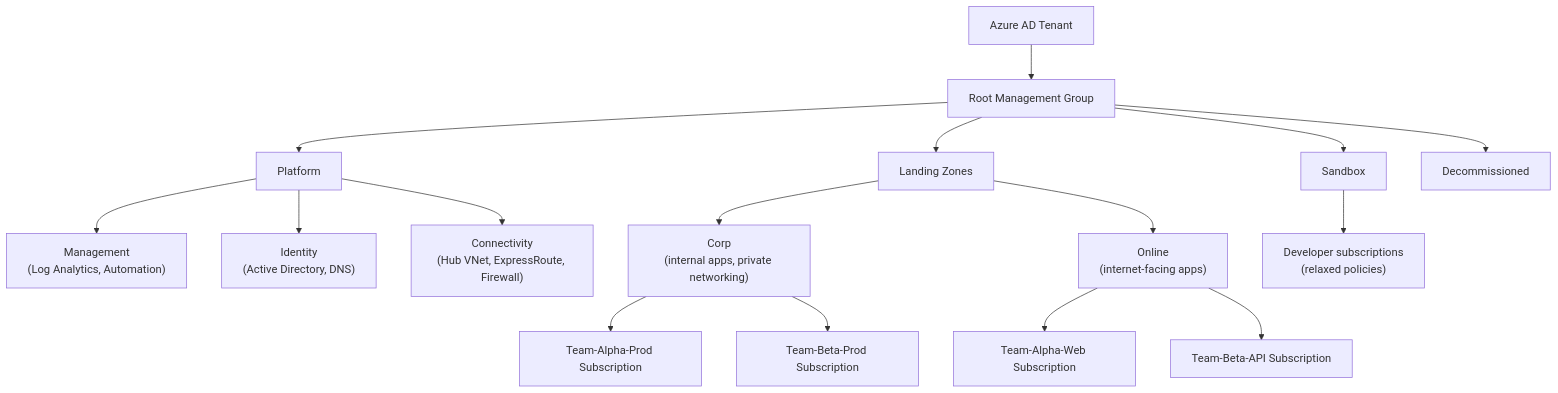
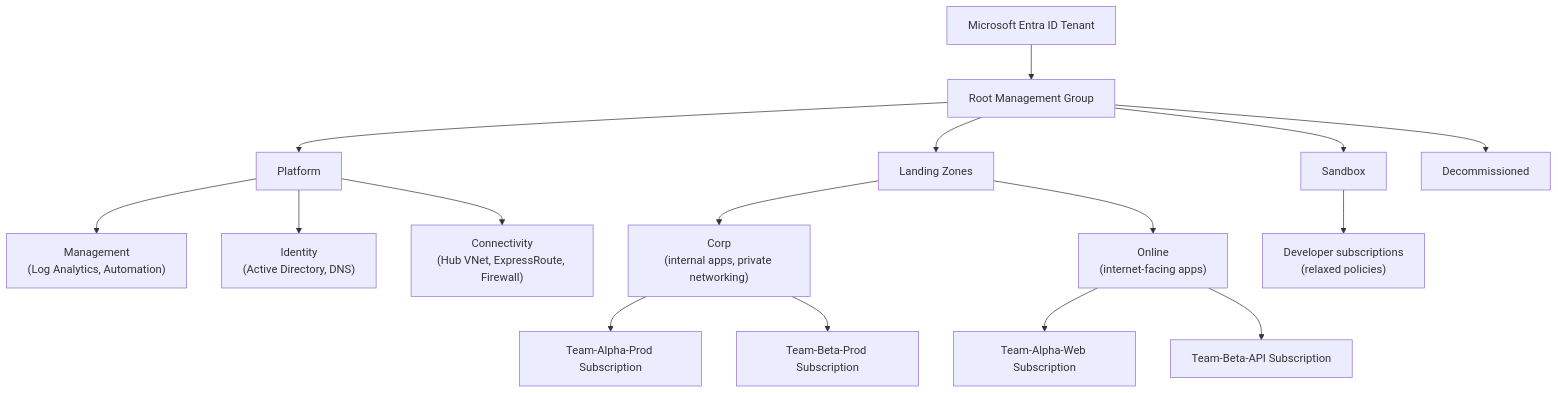
One commit to kube-dojo/kube-dojo changed the third of 8 diagrams in src/content/docs/cloud/enterprise-hybrid/module-10.1-landing-zones.md. Above: the diagram before and after it, drawn with Mermaid. The commit also changed other lines of this file, not shown here.

````diff
--- a/src/content/docs/cloud/enterprise-hybrid/module-10.1-landing-zones.md
+++ b/src/content/docs/cloud/enterprise-hybrid/module-10.1-landing-zones.md
@@ -217,24 +233,24 @@
 ```mermaid
 flowchart TD
-    Tenant[Azure AD Tenant] --> RootMG[Root Management Group]
-    
+    Tenant[Microsoft Entra ID Tenant] --> RootMG[Root Management Group]
+
     RootMG --> Platform[Platform]
     RootMG --> LZ[Landing Zones]
     RootMG --> Sandbox[Sandbox]
     RootMG --> Decomm[Decommissioned]
-    
+
     Platform --> Mgmt["Management<br/>(Log Analytics, Automation)"]
     Platform --> Ident["Identity<br/>(Active Directory, DNS)"]
     Platform --> Conn["Connectivity<br/>(Hub VNet, ExpressRoute, Firewall)"]
-    
+
     LZ --> Corp["Corp<br/>(internal apps, private networking)"]
     LZ --> Online["Online<br/>(internet-facing apps)"]
-    
+
     Corp --> AlphaCorp[Team-Alpha-Prod Subscription]
     Corp --> BetaCorp[Team-Beta-Prod Subscription]
-    
+
     Online --> AlphaWeb[Team-Alpha-Web Subscription]
     Online --> BetaAPI[Team-Beta-API Subscription]
-    
+
     Sandbox --> DevSubs["Developer subscriptions<br/>(relaxed policies)"]
 ```
````
